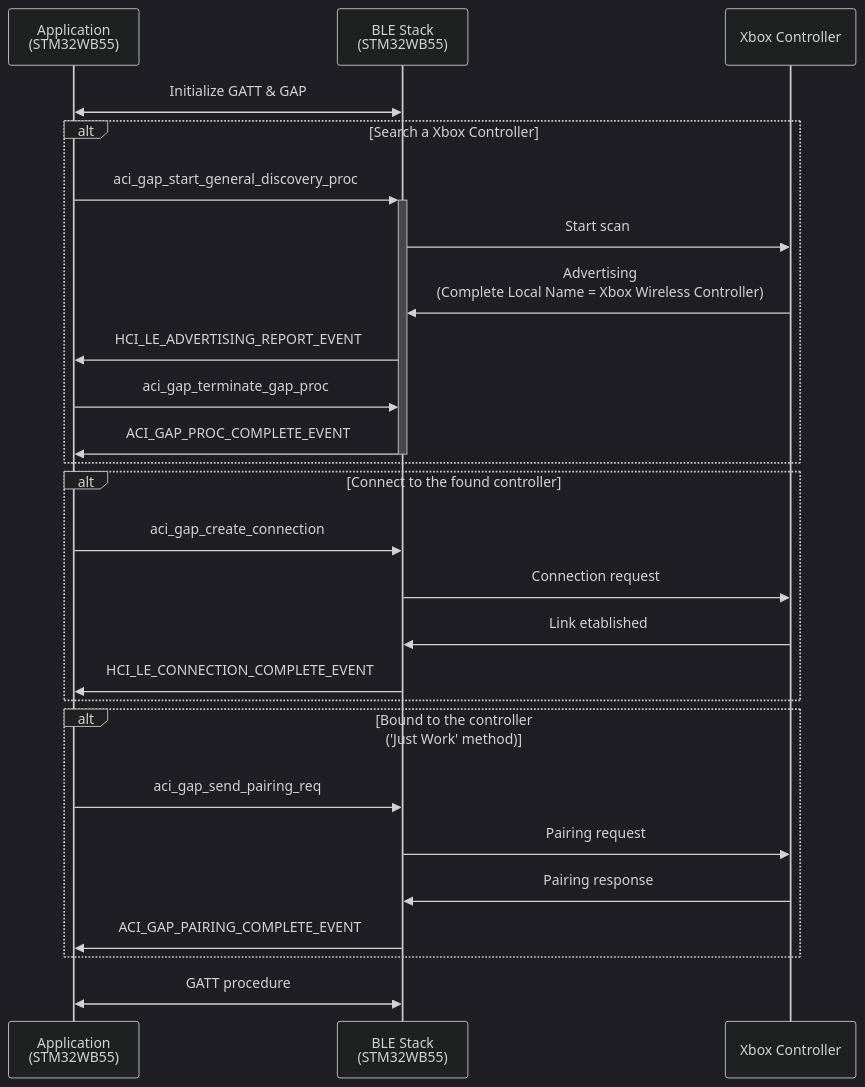
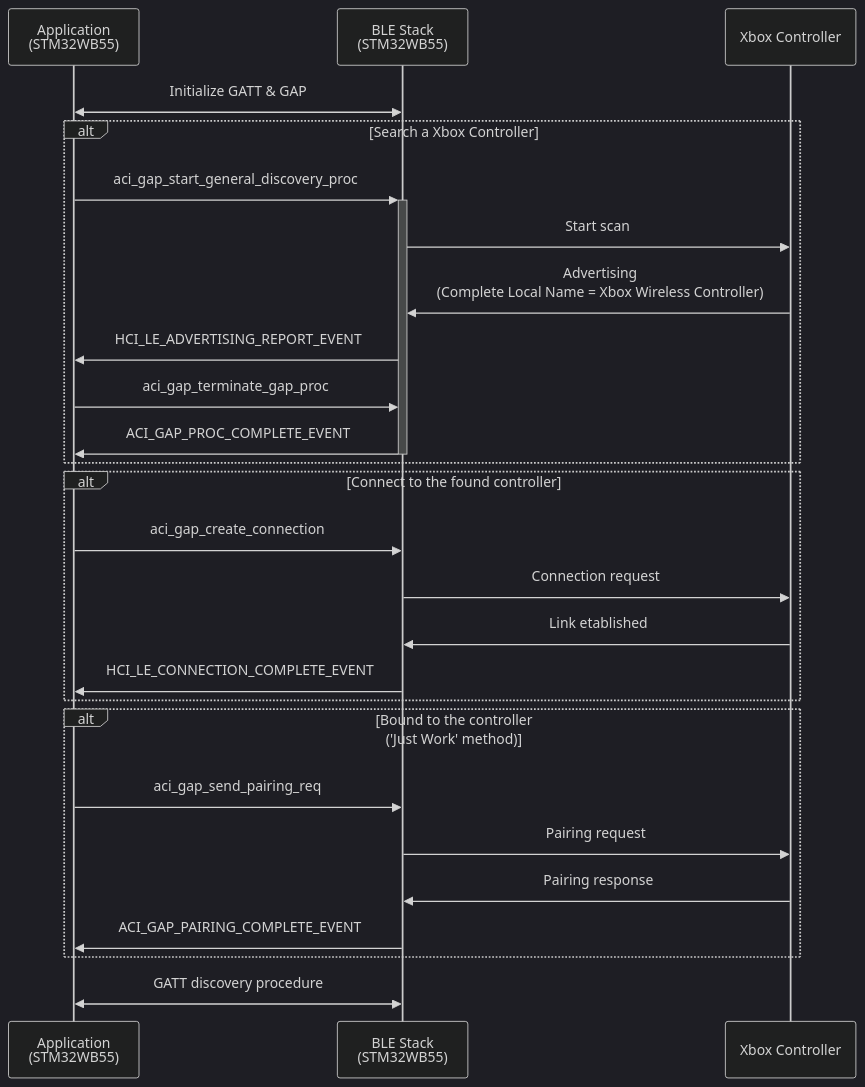
One commit to nicopaulb/blog changed the diagram in _posts/en/2024-06-08-miniconsole.md. Above: the diagram before and after it, drawn with Mermaid (dark theme). The commit also changed other lines of this file and 2 other files, not shown here.

````diff
--- a/_posts/en/2024-06-08-miniconsole.md
+++ b/_posts/en/2024-06-08-miniconsole.md
@@ -104,29 +118,29 @@
 ```mermaid
 sequenceDiagram
   participant A as Application<br>(STM32WB55)
   participant B as BLE Stack<br>(STM32WB55)
   participant X as Xbox Controller
 
   A <<->> B: Initialize GATT & GAP
   alt Search a Xbox Controller
     A ->>+ B: aci_gap_start_general_discovery_proc
     B ->> X: Start scan
     X ->> B: Advertising<br>(Complete Local Name = Xbox Wireless Controller)
     B ->> A: HCI_LE_ADVERTISING_REPORT_EVENT
     A ->> B: aci_gap_terminate_gap_proc
     B ->>- A: ACI_GAP_PROC_COMPLETE_EVENT
   end
   alt Connect to the found controller
     A ->> B: aci_gap_create_connection
     B ->> X: Connection request
     X ->> B: Link etablished
     B ->> A: HCI_LE_CONNECTION_COMPLETE_EVENT
   end
   alt Bound to the controller<br>('Just Work' method)
     A ->> B: aci_gap_send_pairing_req
     B ->> X: Pairing request
     X ->> B: Pairing response
     B ->> A: ACI_GAP_PAIRING_COMPLETE_EVENT
   end
-    A <<->> B: GATT procedure
+    A <<->> B: GATT discovery procedure
 ```
````
